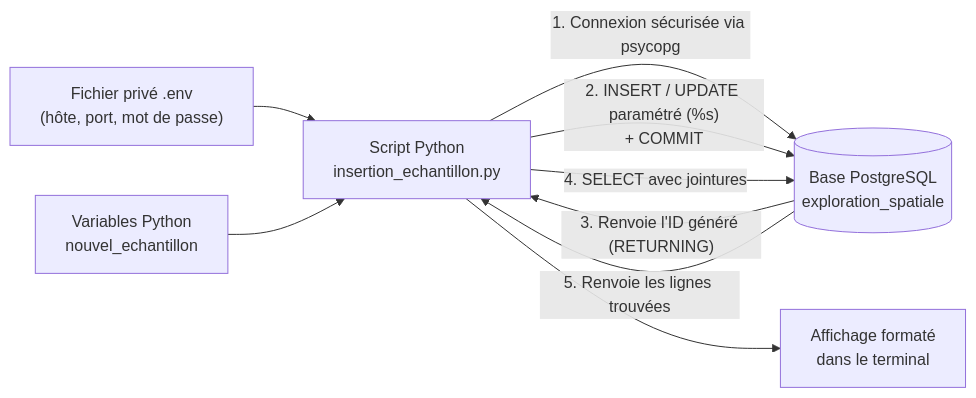
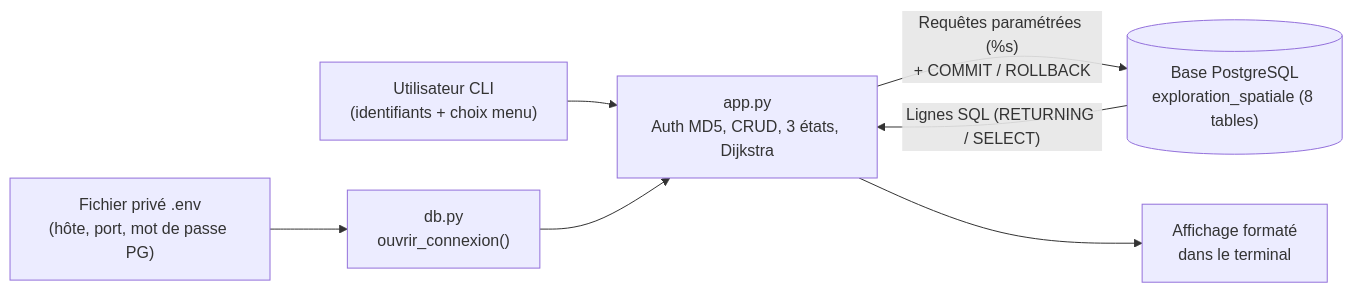
The diagram in docs/role-script-python.md (GuillaumeWnt/devoirBDD), drawn with Mermaid before and after one commit. The commit also changed other lines of this file and 14 other files, not shown here.

First line of the commit message:
feat(bdd,cli,docs): etendre le schema a 8 tables avec profils md5 graphe orbital et cli complet

````diff
--- a/docs/role-script-python.md
+++ b/docs/role-script-python.md
@@ -33,11 +36,9 @@
 ```mermaid
 flowchart LR
-    ENV["Fichier privé .env<br/>(hôte, port, mot de passe)"] --> PY["Script Python<br/>insertion_echantillon.py"]
-    DATA["Variables Python<br/>nouvel_echantillon"] --> PY
-    PY -->|"1. Connexion sécurisée via psycopg"| PG[("Base PostgreSQL<br/>exploration_spatiale")]
-    PY -->|"2. INSERT / UPDATE paramétré (%s)<br/>+ COMMIT"| PG
-    PG -->|"3. Renvoie l'ID généré (RETURNING)"| PY
-    PY -->|"4. SELECT avec jointures"| PG
-    PG -->|"5. Renvoie les lignes trouvées"| PY
-    PY --> TERM["Affichage formaté<br/>dans le terminal"]
+    ENV["Fichier privé .env<br/>(hôte, port, mot de passe PG)"] --> DB["db.py<br/>ouvrir_connexion()"]
+    USER["Utilisateur CLI<br/>(identifiants + choix menu)"] --> APP["app.py<br/>Auth MD5, CRUD, 3 états, Dijkstra"]
+    DB --> APP
+    APP -->|"Requêtes paramétrées (%s)<br/>+ COMMIT / ROLLBACK"| PG[("Base PostgreSQL<br/>exploration_spatiale (8 tables)")]
+    PG -->|"Lignes SQL (RETURNING / SELECT)"| APP
+    APP --> TERM["Affichage formaté<br/>dans le terminal"]
 ```
````
